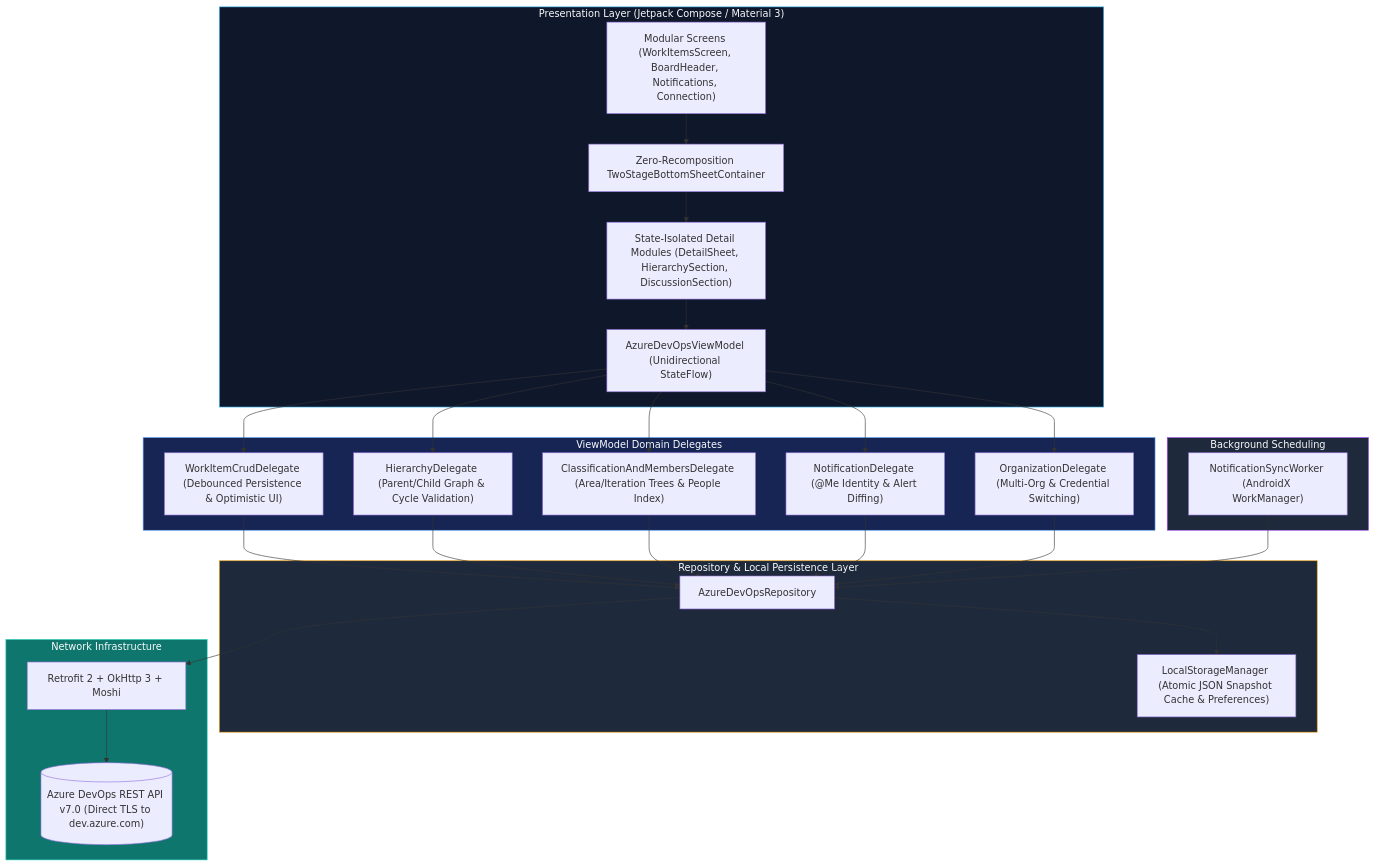
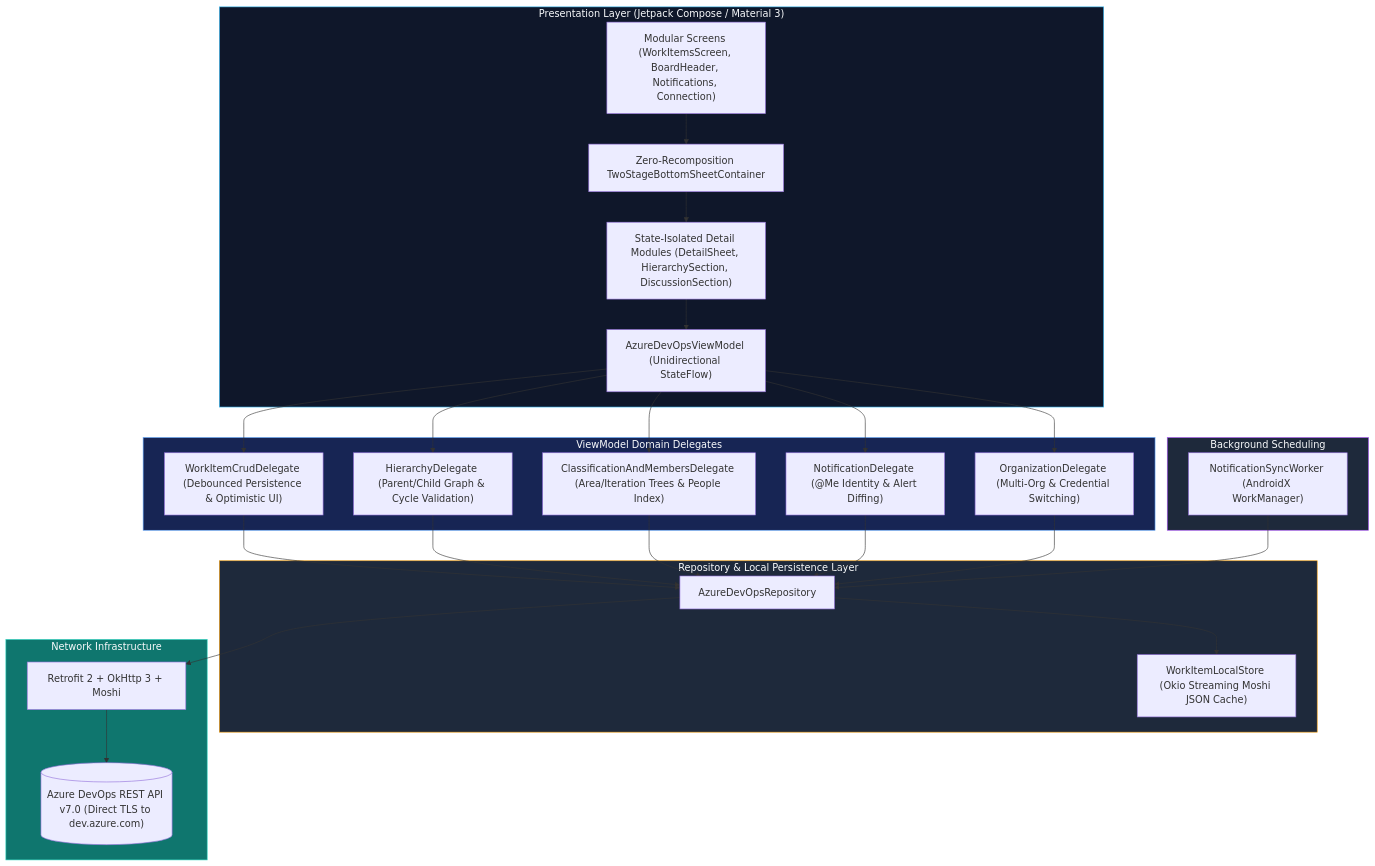
The diagram in README.md (pedicurus/Azure-Boards-Mobile-Application), drawn with Mermaid before and after one commit. The commit also changed other lines of this file and 6 other files, not shown here.

First line of the commit message:
perf: implement search debouncing and streaming JSON

````diff
--- a/README.md
+++ b/README.md
@@ -99,44 +99,44 @@
 ```mermaid
 flowchart TD
     subgraph PRESENTATION ["Presentation Layer (Jetpack Compose / Material 3)"]
         Screens["Modular Screens (WorkItemsScreen, BoardHeader, Notifications, Connection)"]
         Sheet["Zero-Recomposition TwoStageBottomSheetContainer"]
         Detail["State-Isolated Detail Modules (DetailSheet, HierarchySection, DiscussionSection)"]
         VM["AzureDevOpsViewModel (Unidirectional StateFlow)"]
         Screens --> Sheet --> Detail --> VM
     end
 
     subgraph DELEGATES ["ViewModel Domain Delegates"]
         CrudDel["WorkItemCrudDelegate (Debounced Persistence & Optimistic UI)"]
         HierDel["HierarchyDelegate (Parent/Child Graph & Cycle Validation)"]
         ClassDel["ClassificationAndMembersDelegate (Area/Iteration Trees & People Index)"]
         NotifDel["NotificationDelegate (@Me Identity & Alert Diffing)"]
         OrgDel["OrganizationDelegate (Multi-Org & Credential Switching)"]
         VM --> CrudDel & HierDel & ClassDel & NotifDel & OrgDel
     end
 
     subgraph DOMAIN ["Repository & Local Persistence Layer"]
         Repo["AzureDevOpsRepository"]
-        LocalStore["LocalStorageManager (Atomic JSON Snapshot Cache & Preferences)"]
+        LocalStore["WorkItemLocalStore (Okio Streaming Moshi JSON Cache)"]
     end
 
     subgraph SYNC ["Background Scheduling"]
         Worker["NotificationSyncWorker (AndroidX WorkManager)"]
     end
 
     subgraph REMOTE ["Network Infrastructure"]
         Client["Retrofit 2 + OkHttp 3 + Moshi"]
         Server[("Azure DevOps REST API v7.0 (Direct TLS to dev.azure.com)")]
     end
 
     CrudDel & HierDel & ClassDel & NotifDel & OrgDel --> Repo
     Repo --> LocalStore
     Worker --> Repo
     Repo --> Client --> Server
 
     style PRESENTATION fill:#0f172a,stroke:#38bdf8,stroke-width:1px,color:#f8fafc
     style DELEGATES fill:#172554,stroke:#60a5fa,stroke-width:1px,color:#f8fafc
     style DOMAIN fill:#1e293b,stroke:#f59e0b,stroke-width:1px,color:#f8fafc
     style SYNC fill:#1e293b,stroke:#a855f7,stroke-width:1px,color:#f8fafc
     style REMOTE fill:#0f766e,stroke:#2dd4bf,stroke-width:1px,color:#f8fafc
 ```
````
